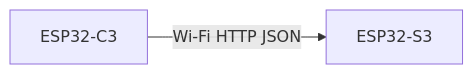
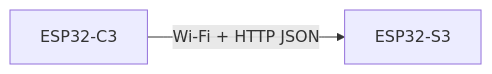
The third of 3 diagrams in docs/serial_s3.md (BJQXS-High-School-Team/heat), drawn with Mermaid before and after one commit. The commit also changed other lines of this file and 10 other files, not shown here.

````diff
--- a/docs/serial_s3.md
+++ b/docs/serial_s3.md
@@ -42,7 +42,7 @@
 ```mermaid
 flowchart LR
     C3["ESP32-C3"]
     S3["ESP32-S3"]
 
-    C3 -- "Wi-Fi HTTP JSON" --> S3
+    C3 -- "Wi-Fi + HTTP JSON" --> S3
 ```
````
